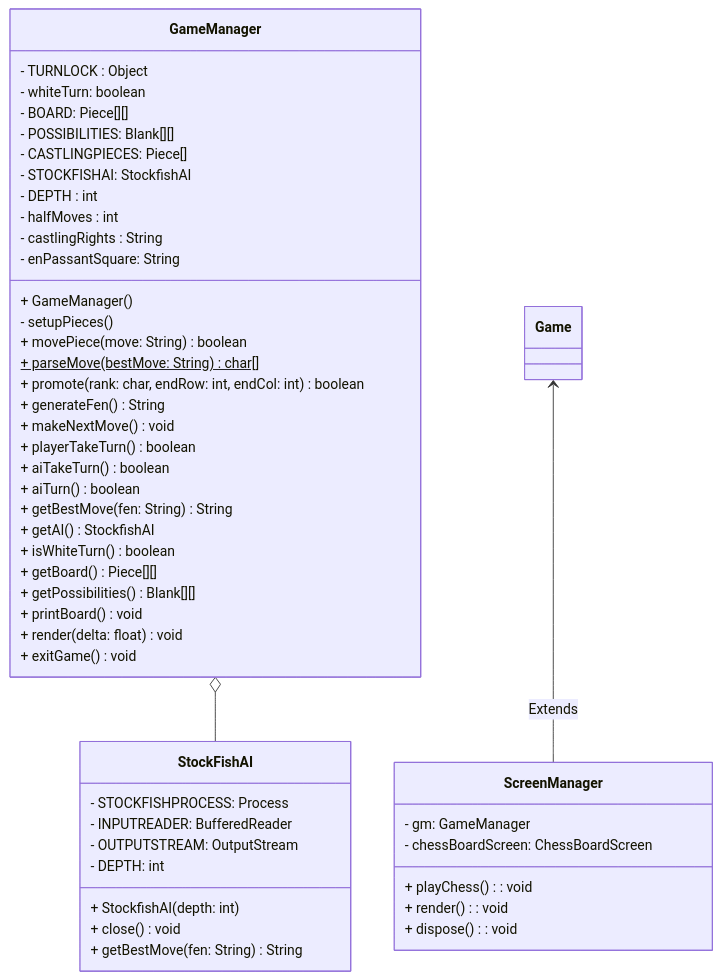
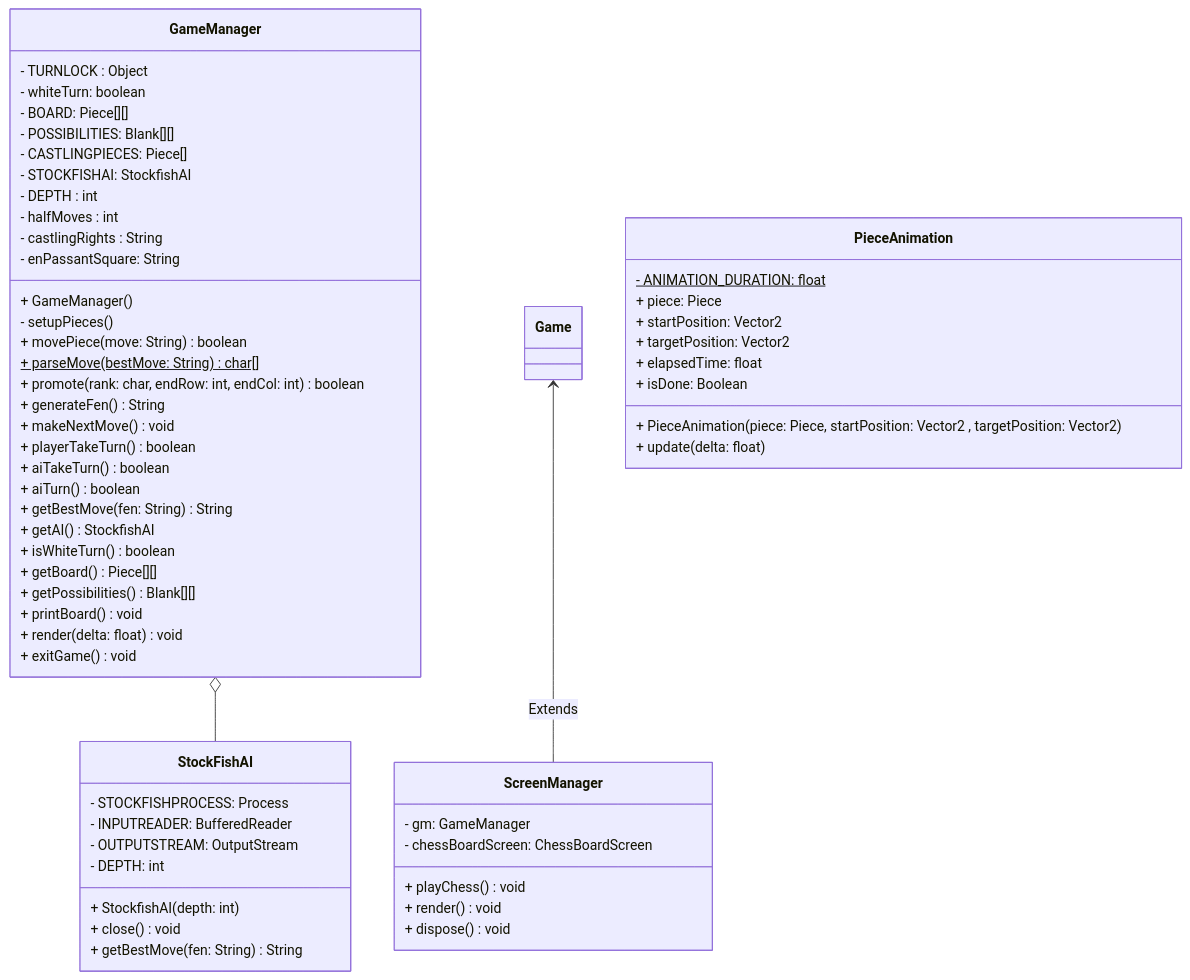
Before and after one commit to cis3296f24/gameroomgdx: the diagram in ClassDiagram.md, drawn with Mermaid.

Commit message:
Added some fix and Piece Animation class

````diff
--- a/ClassDiagram.md
+++ b/ClassDiagram.md
@@ -3,61 +3,73 @@
 ```mermaid 
 classDiagram
     class StockFishAI{
         - STOCKFISHPROCESS: Process
         - INPUTREADER: BufferedReader
         - OUTPUTSTREAM: OutputStream
         - DEPTH: int
         + StockfishAI(depth: int)
         + close() void
         + getBestMove(fen: String) String
     }
     
     class GameManager{
        - TURNLOCK : Object 
        - whiteTurn: boolean 
        - BOARD: Piece[][] 
        - POSSIBILITIES: Blank[][]
        - CASTLINGPIECES: Piece[] 
        - STOCKFISHAI: StockfishAI 
        - DEPTH : int
        - halfMoves : int
        - castlingRights : String
        - enPassantSquare: String
        + GameManager()
        - setupPieces()
        + movePiece(move: String) boolean
        + parseMove(bestMove: String) char[]$
        + promote(rank: char, endRow: int, endCol: int) boolean
        + generateFen() String
        + makeNextMove() void
        + playerTakeTurn() boolean
        + aiTakeTurn() boolean
        + aiTurn() boolean
        + getBestMove(fen: String) String
        + getAI() StockfishAI
        + isWhiteTurn() boolean
        + getBoard() Piece[][]
        + getPossibilities() Blank[][]
        + printBoard() void
        + render(delta: float) void
        + exitGame() void
    
    }
     GameManager  o--  StockFishAI
     
     class ScreenManager{
         - gm: GameManager
         - chessBoardScreen: ChessBoardScreen
         
-        + playChess(): void
-        + render(): void
-        + dispose(): void
+        + playChess() void
+        + render() void
+        + dispose() void
     }
     
     class Game{
         
     }
     
     Game <-- ScreenManager: Extends
+    
+    class PieceAnimation{
+        - ANIMATION_DURATION: float$
+        + piece: Piece
+        + startPosition: Vector2
+        + targetPosition: Vector2
+        + elapsedTime: float
+        
+        + PieceAnimation(piece: Piece, startPosition: Vector2 , targetPosition: Vector2)
+        + isDone: Boolean
+        + update(delta: float)
+    }
 
 ```
````
